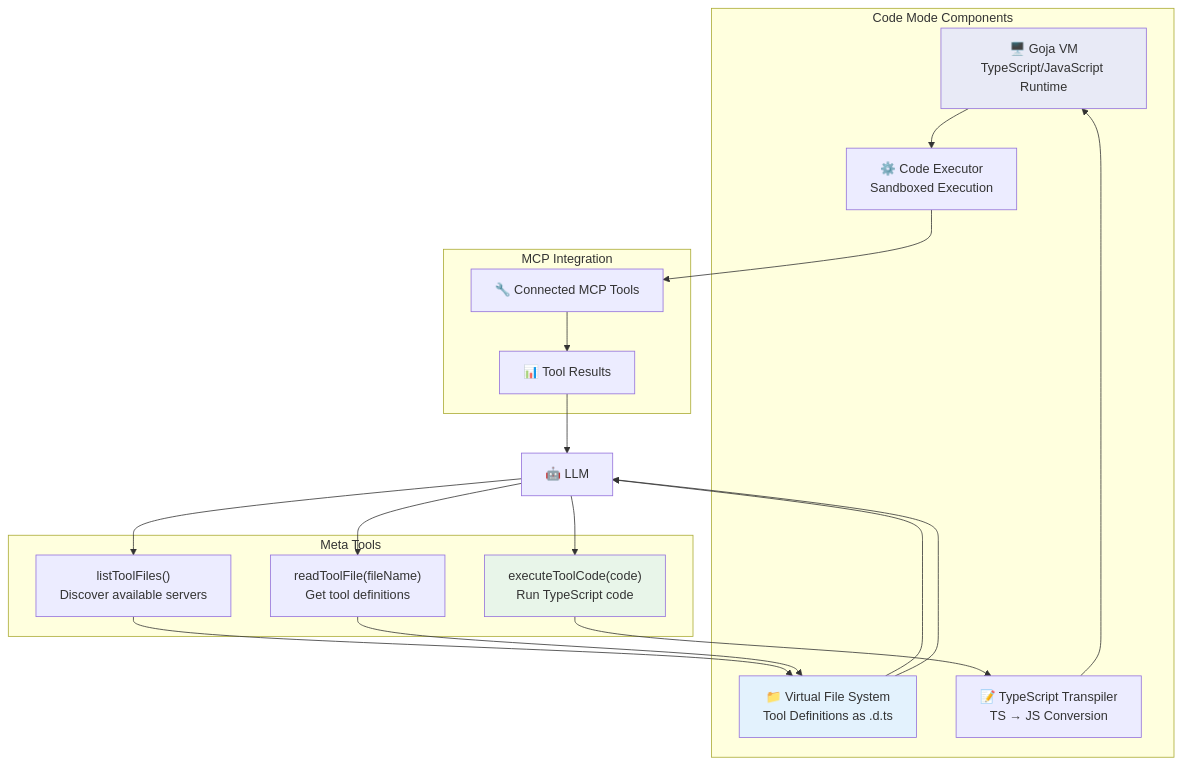
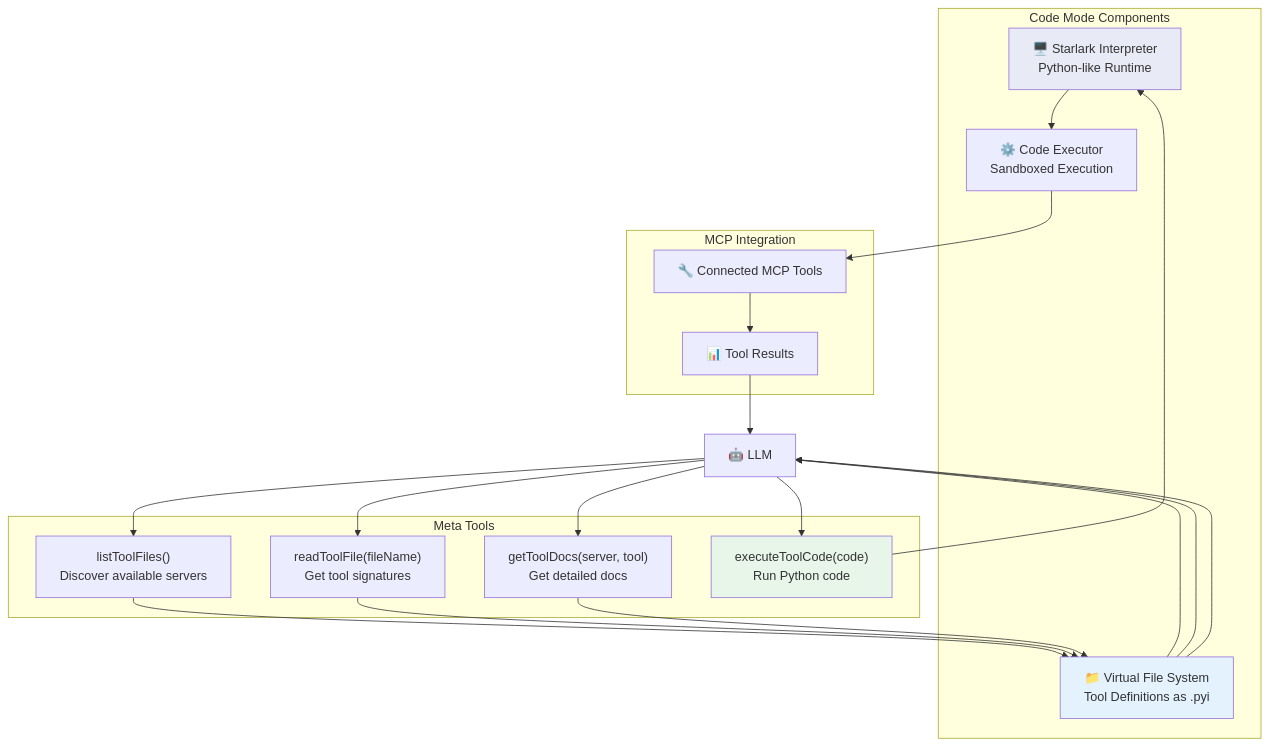
One commit to sammcj/bifrost changed the tenth of 13 diagrams in docs/architecture/core/mcp.mdx. Above: the diagram before and after it, drawn with Mermaid. The commit also changed other lines of this file and 46 other files, not shown here.

Commit message:
code mode compact signatures

````diff
--- a/docs/architecture/core/mcp.mdx
+++ b/docs/architecture/core/mcp.mdx
@@ -619,38 +619,40 @@
 ```mermaid
 graph TB
     subgraph "Code Mode Components"
-        VM["🖥️ Goja VM<br/>TypeScript/JavaScript Runtime"]
-        VFS["📁 Virtual File System<br/>Tool Definitions as .d.ts"]
-        TS["📝 TypeScript Transpiler<br/>TS → JS Conversion"]
+        VM["🖥️ Starlark Interpreter<br/>Python-like Runtime"]
+        VFS["📁 Virtual File System<br/>Tool Definitions as .pyi"]
         EXEC["⚙️ Code Executor<br/>Sandboxed Execution"]
     end
 
     subgraph "Meta Tools"
         LIST["listToolFiles()<br/>Discover available servers"]
-        READ["readToolFile(fileName)<br/>Get tool definitions"]
-        CODE["executeToolCode(code)<br/>Run TypeScript code"]
+        READ["readToolFile(fileName)<br/>Get tool signatures"]
+        DOCS["getToolDocs(server, tool)<br/>Get detailed docs"]
+        CODE["executeToolCode(code)<br/>Run Python code"]
     end
 
     subgraph "MCP Integration"
         TOOLS["🔧 Connected MCP Tools"]
         RESULTS["📊 Tool Results"]
     end
 
     LLM["🤖 LLM"] --> LIST
     LIST --> VFS
     VFS --> LLM
     LLM --> READ
     READ --> VFS
     VFS --> LLM
+    LLM --> DOCS
+    DOCS --> VFS
+    VFS --> LLM
     LLM --> CODE
-    CODE --> TS
-    TS --> VM
+    CODE --> VM
     VM --> EXEC
     EXEC --> TOOLS
     TOOLS --> RESULTS
     RESULTS --> LLM
 
     style VM fill:#e8eaf6
     style VFS fill:#e3f2fd
     style CODE fill:#e8f5e9
 ```
````
